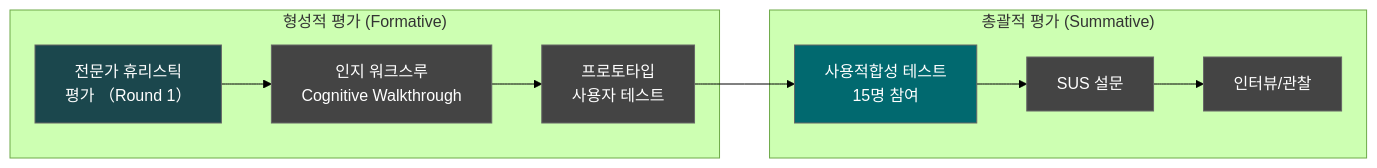
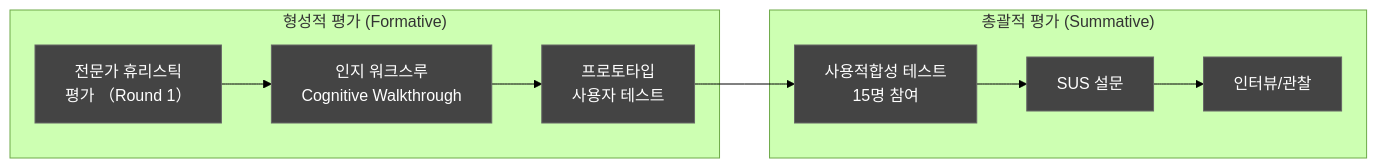
The sixth of 8 diagrams in docs/testing/DOC-021_UsabilityFile_v1.0.md (holee9/console-gui), drawn with Mermaid (forest theme) before and after one commit. The commit also changed other lines of this file and 35 other files, not shown here.

First line of the commit message:
fix: 전체 Mermaid 차트 색상 진한 회색 통일

````diff
--- a/docs/testing/DOC-021_UsabilityFile_v1.0.md
+++ b/docs/testing/DOC-021_UsabilityFile_v1.0.md
@@ -386,18 +386,18 @@
 ```mermaid
 flowchart LR
     classDef default fill:#444,stroke:#666,color:#fff
     subgraph "형성적 평가 (Formative)"
         F1[전문가 휴리스틱<br/>평가 （Round 1）]
         F2[인지 워크스루<br/>Cognitive Walkthrough]
         F3[프로토타입<br/>사용자 테스트]
     end
     subgraph "총괄적 평가 (Summative)"
         S1[사용적합성 테스트<br/>15명 참여]
         S2[SUS 설문]
         S3[인터뷰/관찰]
     end
     F1 --> F2 --> F3 --> S1 --> S2 --> S3
     
-    style F1 fill:#1B474D,color:#fff
-    style S1 fill:#01696F,color:#fff
+    style F1 fill:#444,color:#fff
+    style S1 fill:#444,color:#fff
 ```
````
